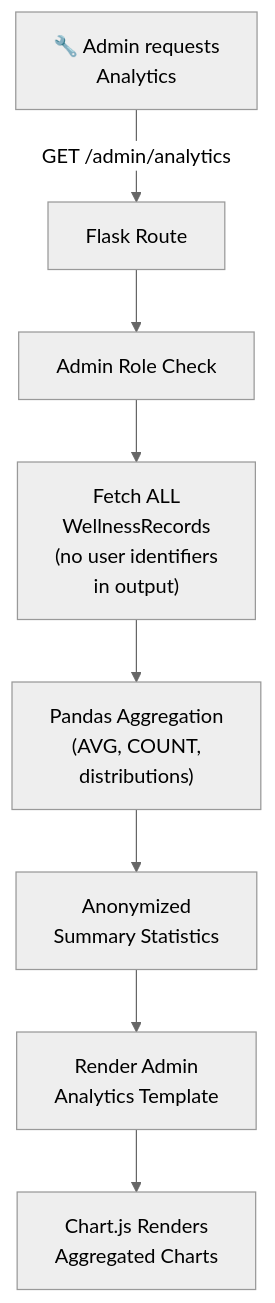
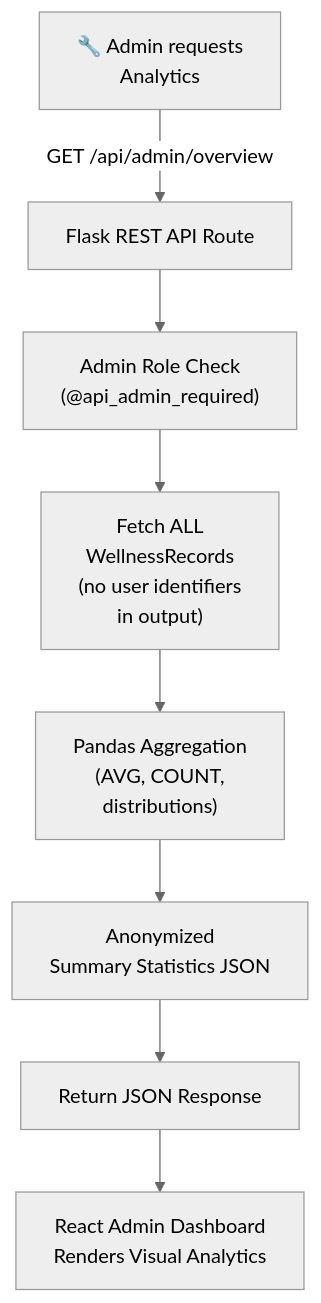
Before and after one commit to goxxie08/Wellvia: the tenth of 21 diagrams in ARCHITECTURE.md, drawn with Mermaid (neutral theme). The commit also changed other lines of this file and 2 other files, not shown here.

````diff
--- a/ARCHITECTURE.md
+++ b/ARCHITECTURE.md
@@ -689,10 +707,10 @@
 ```mermaid
 flowchart TD
-    A["🔧 Admin requests<br/>Analytics"] -->|"GET /admin/analytics"| B["Flask Route"]
-    B --> C["Admin Role Check"]
+    A["🔧 Admin requests<br/>Analytics"] -->|"GET /api/admin/overview"| B["Flask REST API Route"]
+    B --> C["Admin Role Check<br/>(@api_admin_required)"]
     C --> D["Fetch ALL<br/>WellnessRecords<br/>(no user identifiers<br/>in output)"]
     D --> E["Pandas Aggregation<br/>(AVG, COUNT,<br/>distributions)"]
-    E --> F["Anonymized<br/>Summary Statistics"]
-    F --> G["Render Admin<br/>Analytics Template"]
-    G --> H["Chart.js Renders<br/>Aggregated Charts"]
+    E --> F["Anonymized<br/>Summary Statistics JSON"]
+    F --> G["Return JSON Response"]
+    G --> H["React Admin Dashboard<br/>Renders Visual Analytics"]
 ```
````
